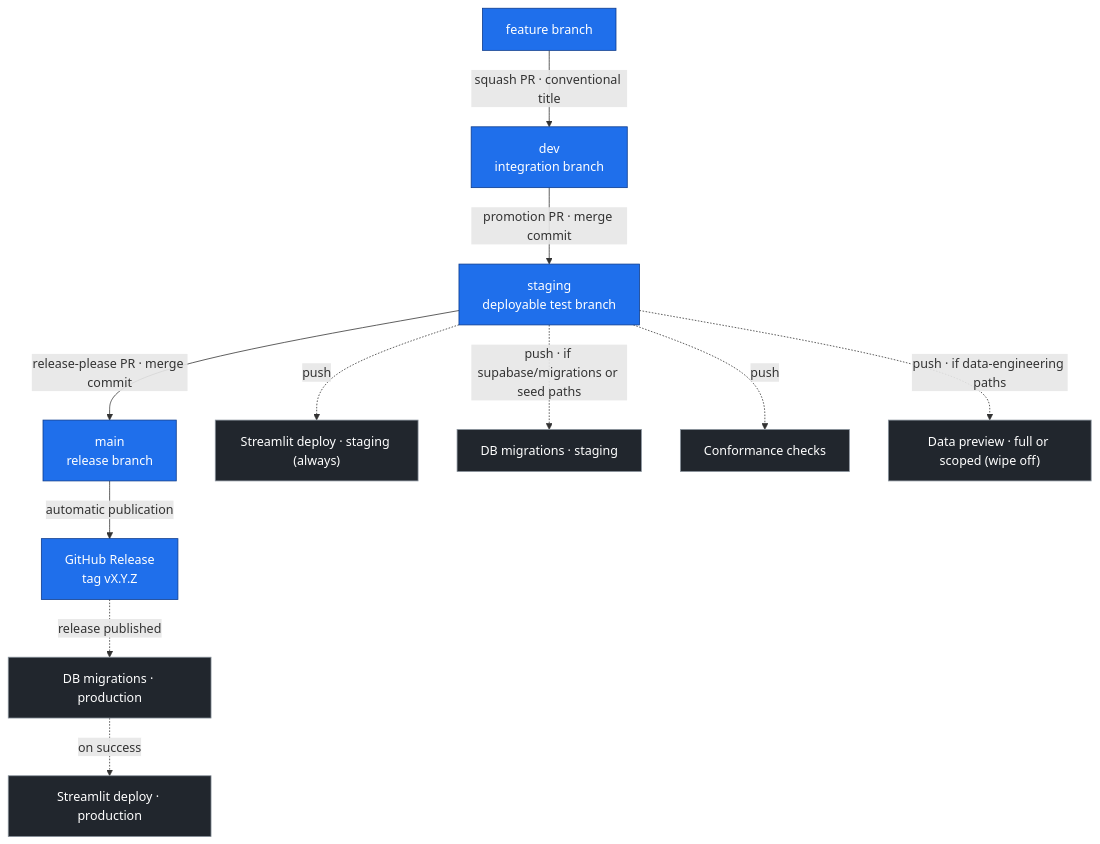
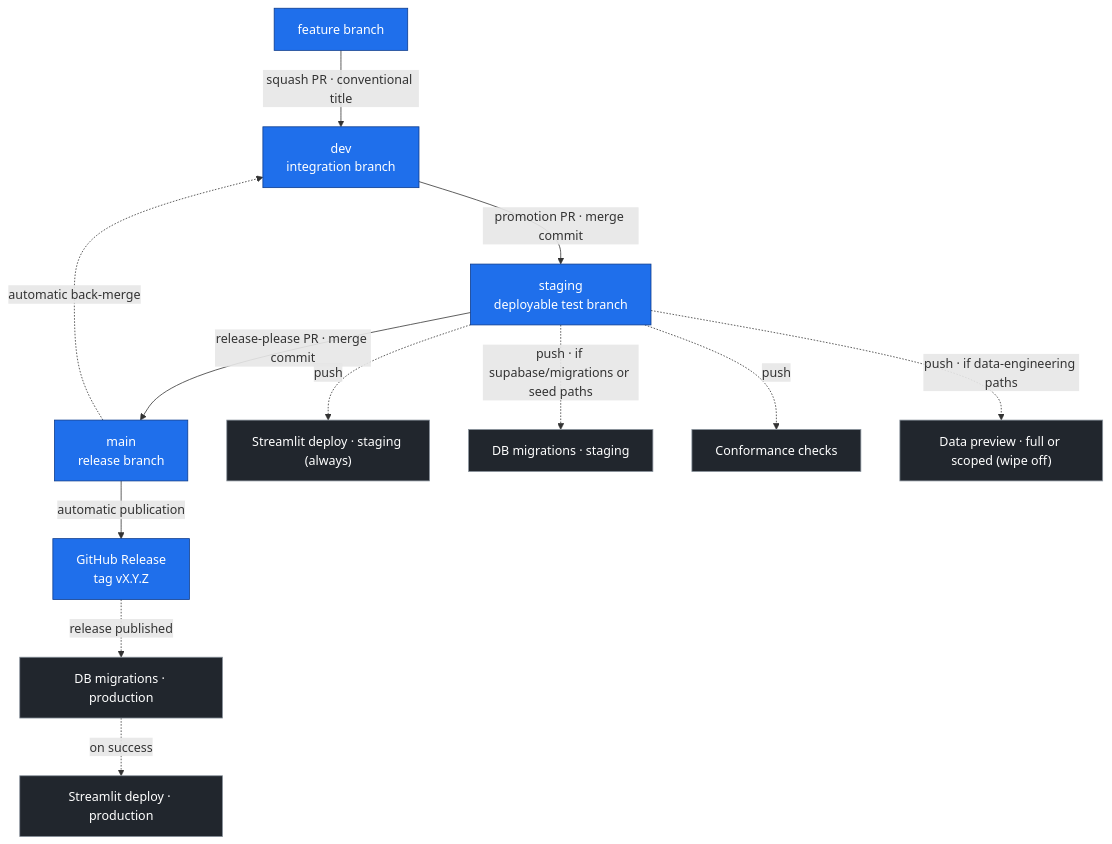
One commit to DGAFP/assistant-rh changed the diagram in docs/git_flow.md. Above: the diagram before and after it, drawn with Mermaid. The commit also changed other lines of this file and 5 other files, not shown here.

First line of the commit message:
feat(ci): back-merge main into dev after release publication

````diff
--- a/docs/git_flow.md
+++ b/docs/git_flow.md
@@ -9,20 +9,21 @@
 ```mermaid
 flowchart TD
     F["feature branch"] -->|"squash PR · conventional title"| DEV["dev<br/>integration branch"]
     DEV -->|"promotion PR · merge commit"| STG["staging<br/>deployable test branch"]
     STG -->|"release-please PR · merge commit"| MAIN["main<br/>release branch"]
     MAIN -->|"automatic publication"| REL["GitHub Release<br/>tag vX.Y.Z"]
+    MAIN -.->|"automatic back-merge"| DEV
 
     STG -.->|push| S1["Streamlit deploy · staging (always)"]
     STG -.->|"push · if supabase/migrations or seed paths"| S2["DB migrations · staging"]
     STG -.->|push| S3["Conformance checks"]
     STG -.->|"push · if data-engineering paths"| S4["Data preview · full or scoped (wipe off)"]
 
     REL -.->|release published| P1["DB migrations · production"]
     P1 -.->|on success| P2["Streamlit deploy · production"]
 
     classDef branch fill:#1f6feb,stroke:#0b3a8c,color:#fff;
     classDef job fill:#21262d,stroke:#8b949e,color:#fff;
     class F,DEV,STG,MAIN,REL branch;
     class S1,S2,S3,S4,P1,P2 job;
 ```
````
